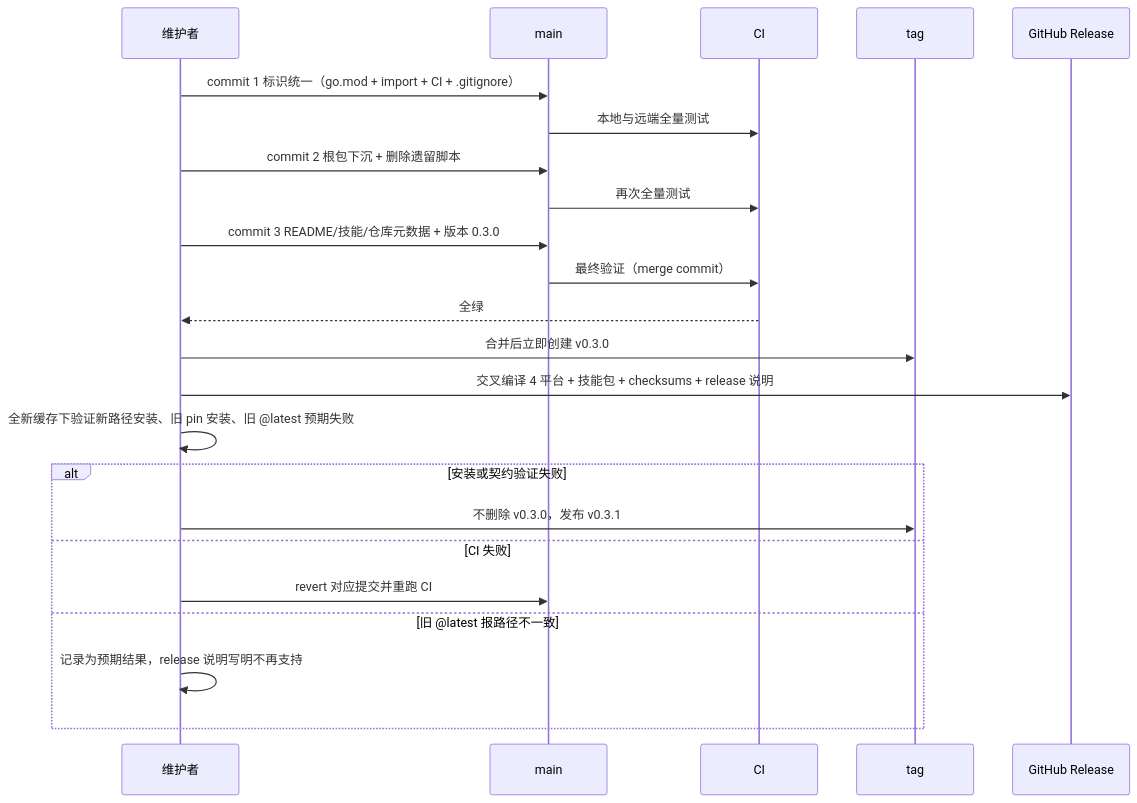
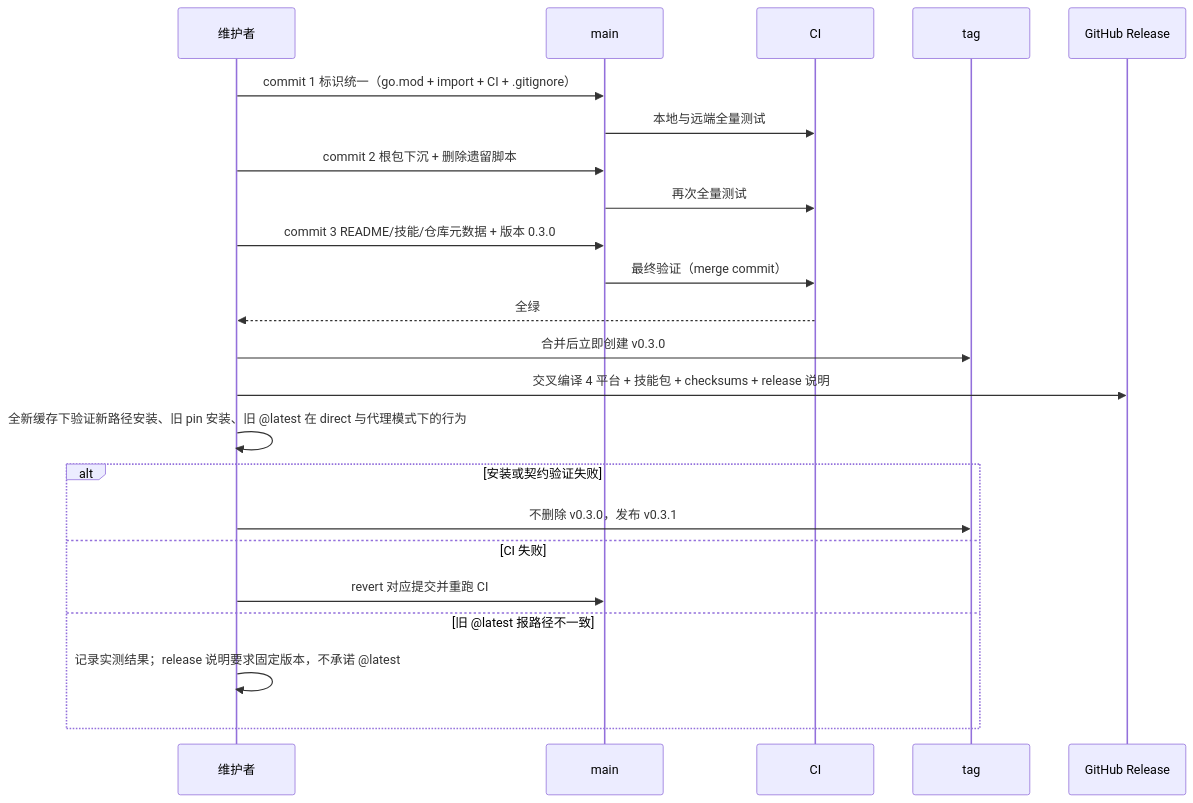
Before and after one commit to dream-365/MediaDetect: the second of 2 diagrams in docs/specs/SPEC-005-rename-and-module-migration/spec.md, drawn with Mermaid. The commit also changed other lines of this file and 3 other files, not shown here.

````diff
--- a/docs/specs/SPEC-005-rename-and-module-migration/spec.md
+++ b/docs/specs/SPEC-005-rename-and-module-migration/spec.md
@@ -200,25 +200,25 @@
 ```mermaid
 sequenceDiagram
     participant M as 维护者
     participant R as main
     participant C as CI
     participant T as tag
     participant G as GitHub Release
     M->>R: commit 1 标识统一（go.mod + import + CI + .gitignore）
     R->>C: 本地与远端全量测试
     M->>R: commit 2 根包下沉 + 删除遗留脚本
     R->>C: 再次全量测试
     M->>R: commit 3 README/技能/仓库元数据 + 版本 0.3.0
     R->>C: 最终验证（merge commit）
     C-->>M: 全绿
     M->>T: 合并后立即创建 v0.3.0
     M->>G: 交叉编译 4 平台 + 技能包 + checksums + release 说明
-    M->>M: 全新缓存下验证新路径安装、旧 pin 安装、旧 @latest 预期失败
+    M->>M: 全新缓存下验证新路径安装、旧 pin 安装、旧 @latest 在 direct 与代理模式下的行为
     alt 安装或契约验证失败
         M->>T: 不删除 v0.3.0，发布 v0.3.1
     else CI 失败
         M->>R: revert 对应提交并重跑 CI
     else 旧 @latest 报路径不一致
-        M->>M: 记录为预期结果，release 说明写明不再支持
+        M->>M: 记录实测结果；release 说明要求固定版本，不承诺 @latest
     end
 ```
````
